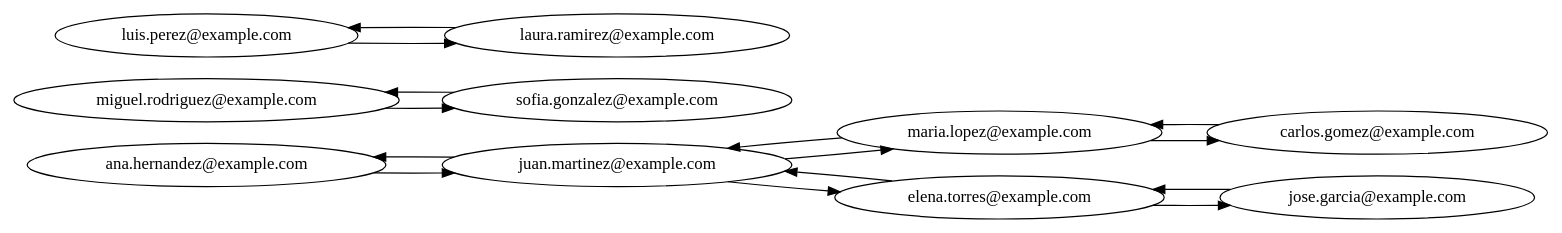
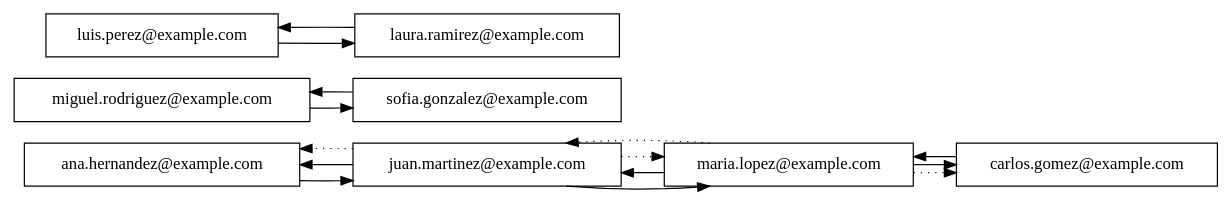
One commit to Kevin-alvarez1/PROYECTO_MULTIFASES_RED_SOCIAL changed the diagram in Fase3/main/build/Desktop_Qt_6_7_2_MinGW_64_bit-Debug/ListaAdyacencia.dot. Above: the diagram before and after it, drawn with Graphviz. The commit also changed 55 other files, not shown here.

```diff
--- a/Fase3/main/build/Desktop_Qt_6_7_2_MinGW_64_bit-Debug/ListaAdyacencia.dot
+++ b/Fase3/main/build/Desktop_Qt_6_7_2_MinGW_64_bit-Debug/ListaAdyacencia.dot
@@ -1,27 +1,29 @@
 digraph G {
 rankdir=LR;
-"ana.hernandez@example.com";
+"ana.hernandez@example.com" [shape=box];
+"juan.martinez@example.com" [shape=box];
+"miguel.rodriguez@example.com" [shape=box];
+"sofia.gonzalez@example.com" [shape=box];
+"luis.perez@example.com" [shape=box];
+"laura.ramirez@example.com" [shape=box];
+"carlos.gomez@example.com" [shape=box];
+"maria.lopez@example.com" [shape=box];
+
+// Conexiones de amistad
 "ana.hernandez@example.com" -> "juan.martinez@example.com";
-"juan.martinez@example.com";
 "juan.martinez@example.com" -> "ana.hernandez@example.com";
 "juan.martinez@example.com" -> "maria.lopez@example.com";
-"juan.martinez@example.com" -> "elena.torres@example.com";
-"miguel.rodriguez@example.com";
 "miguel.rodriguez@example.com" -> "sofia.gonzalez@example.com";
-"sofia.gonzalez@example.com";
 "sofia.gonzalez@example.com" -> "miguel.rodriguez@example.com";
-"luis.perez@example.com";
 "luis.perez@example.com" -> "laura.ramirez@example.com";
-"laura.ramirez@example.com";
 "laura.ramirez@example.com" -> "luis.perez@example.com";
-"carlos.gomez@example.com";
 "carlos.gomez@example.com" -> "maria.lopez@example.com";
-"maria.lopez@example.com";
 "maria.lopez@example.com" -> "carlos.gomez@example.com";
 "maria.lopez@example.com" -> "juan.martinez@example.com";
-"jose.garcia@example.com";
-"jose.garcia@example.com" -> "elena.torres@example.com";
-"elena.torres@example.com";
-"elena.torres@example.com" -> "jose.garcia@example.com";
-"elena.torres@example.com" -> "juan.martinez@example.com";
+
+// Recomendaciones
+"juan.martinez@example.com" -> "maria.lopez@example.com" [style=dotted];
+"maria.lopez@example.com" -> "carlos.gomez@example.com" [style=dotted];
+"maria.lopez@example.com" -> "juan.martinez@example.com" [style=dotted];
+"juan.martinez@example.com" -> "ana.hernandez@example.com" [style=dotted];
 }
```
